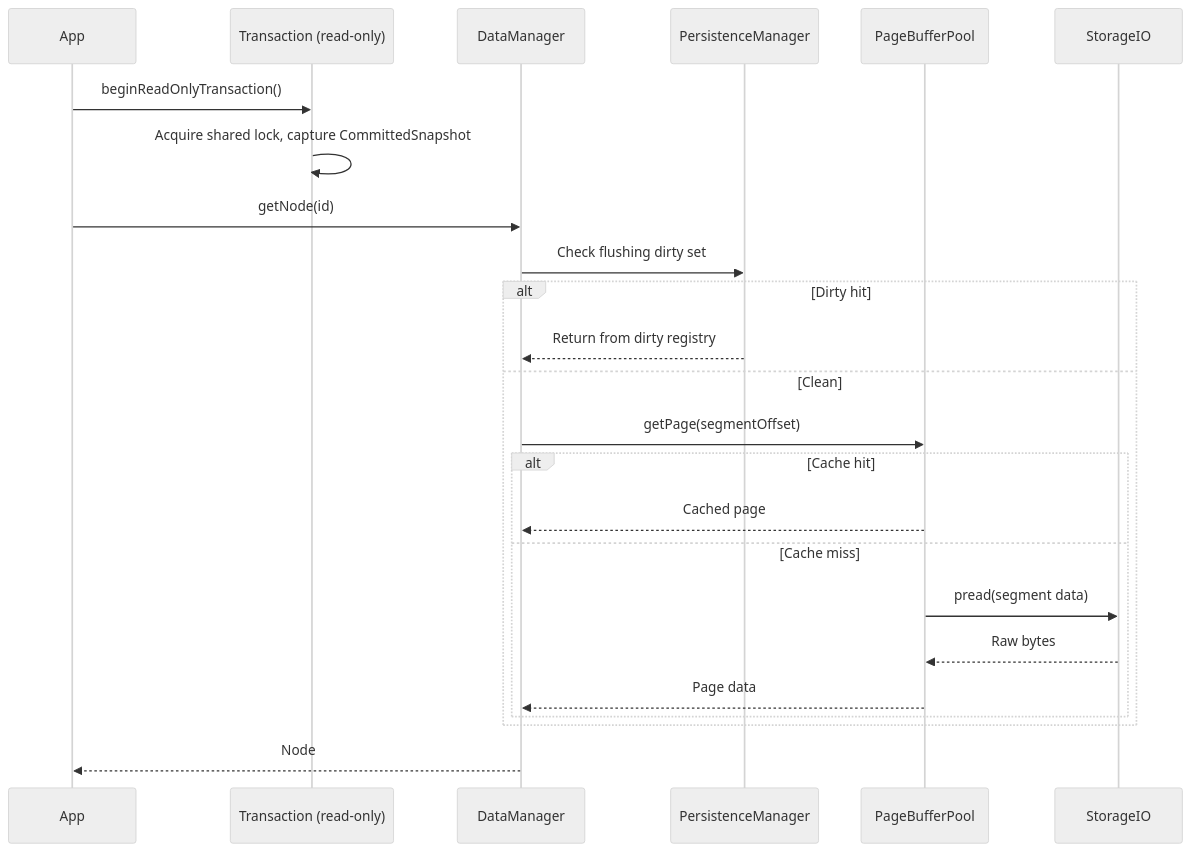
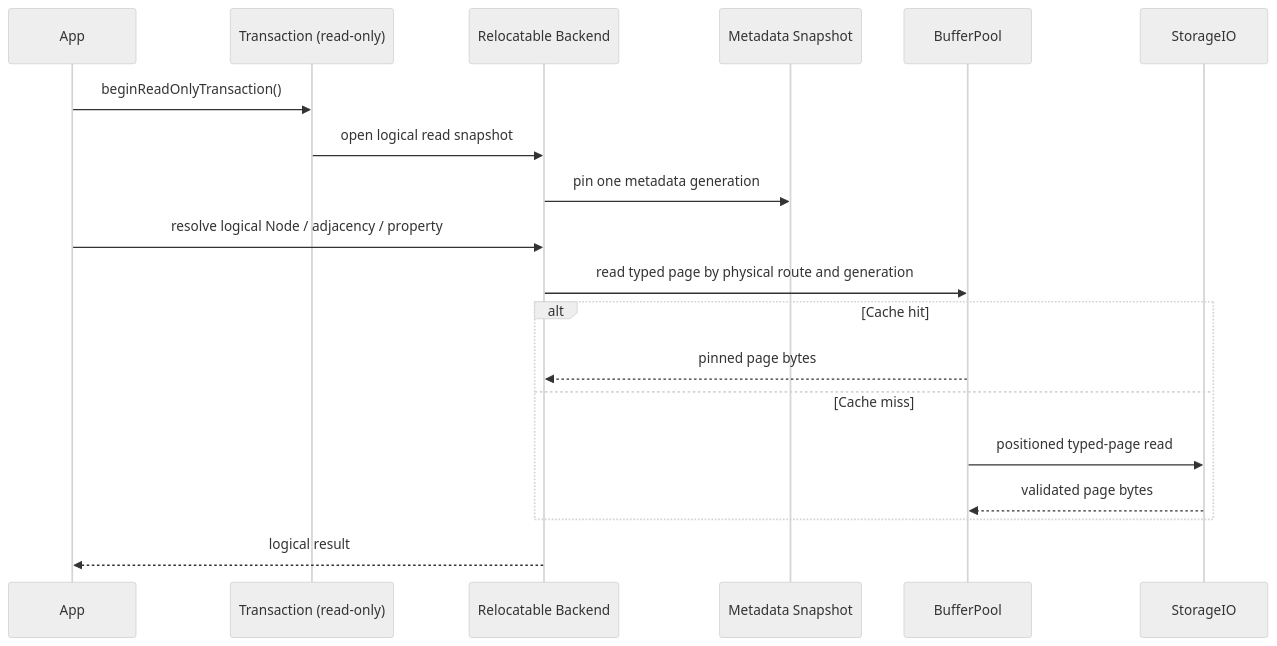
The fourth of 4 diagrams in docs/apps/docs/content/docs/en/zyx/architecture/overview.mdx (nexepic/zyx), drawn with Mermaid (neutral theme) before and after one commit. The commit also changed other lines of this file and 1349 other files, not shown here.

First line of the commit message:
Retire legacy storage and harden native graph persistence

````diff
--- a/docs/apps/docs/content/docs/en/zyx/architecture/overview.mdx
+++ b/docs/apps/docs/content/docs/en/zyx/architecture/overview.mdx
@@ -137,27 +135,22 @@
 ```mermaid
 sequenceDiagram
     participant App
     participant TX as Transaction (read-only)
-    participant DM as DataManager
-    participant PM as PersistenceManager
-    participant PB as PageBufferPool
+    participant B as Relocatable Backend
+    participant M as Metadata Snapshot
+    participant BP as BufferPool
     participant IO as StorageIO
 
     App->>TX: beginReadOnlyTransaction()
-    TX->>TX: Acquire shared lock, capture CommittedSnapshot
-    App->>DM: getNode(id)
-    DM->>PM: Check flushing dirty set
-    alt Dirty hit
-        PM-->>DM: Return from dirty registry
-    else Clean
-        DM->>PB: getPage(segmentOffset)
-        alt Cache hit
-            PB-->>DM: Cached page
-        else Cache miss
-            PB->>IO: pread(segment data)
-            IO-->>PB: Raw bytes
-            PB-->>DM: Page data
-        end
+    TX->>B: open logical read snapshot
+    B->>M: pin one metadata generation
+    App->>B: resolve logical Node / adjacency / property
+    B->>BP: read typed page by physical route and generation
+    alt Cache hit
+        BP-->>B: pinned page bytes
+    else Cache miss
+        BP->>IO: positioned typed-page read
+        IO-->>BP: validated page bytes
     end
-    DM-->>App: Node
+    B-->>App: logical result
 ```
````
